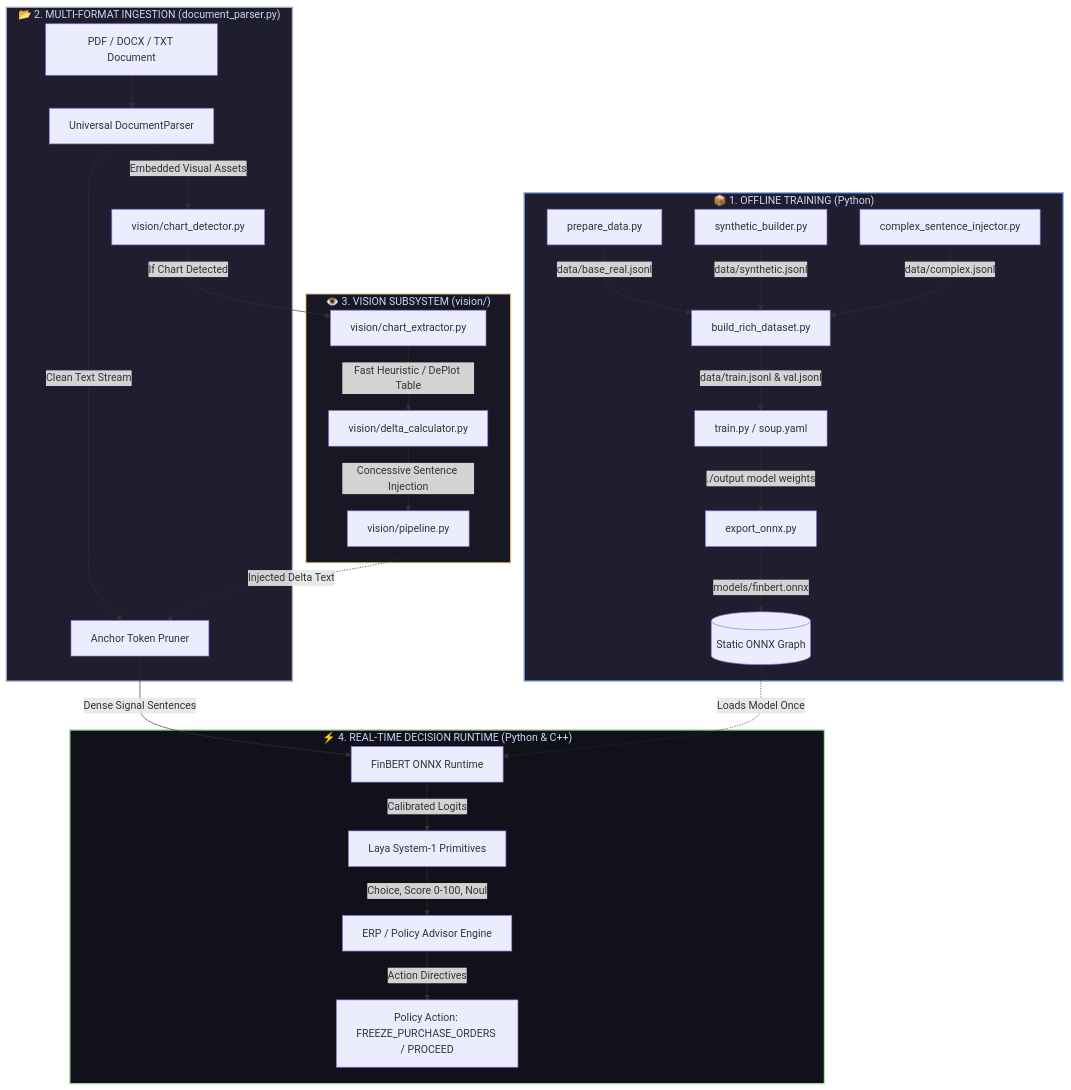
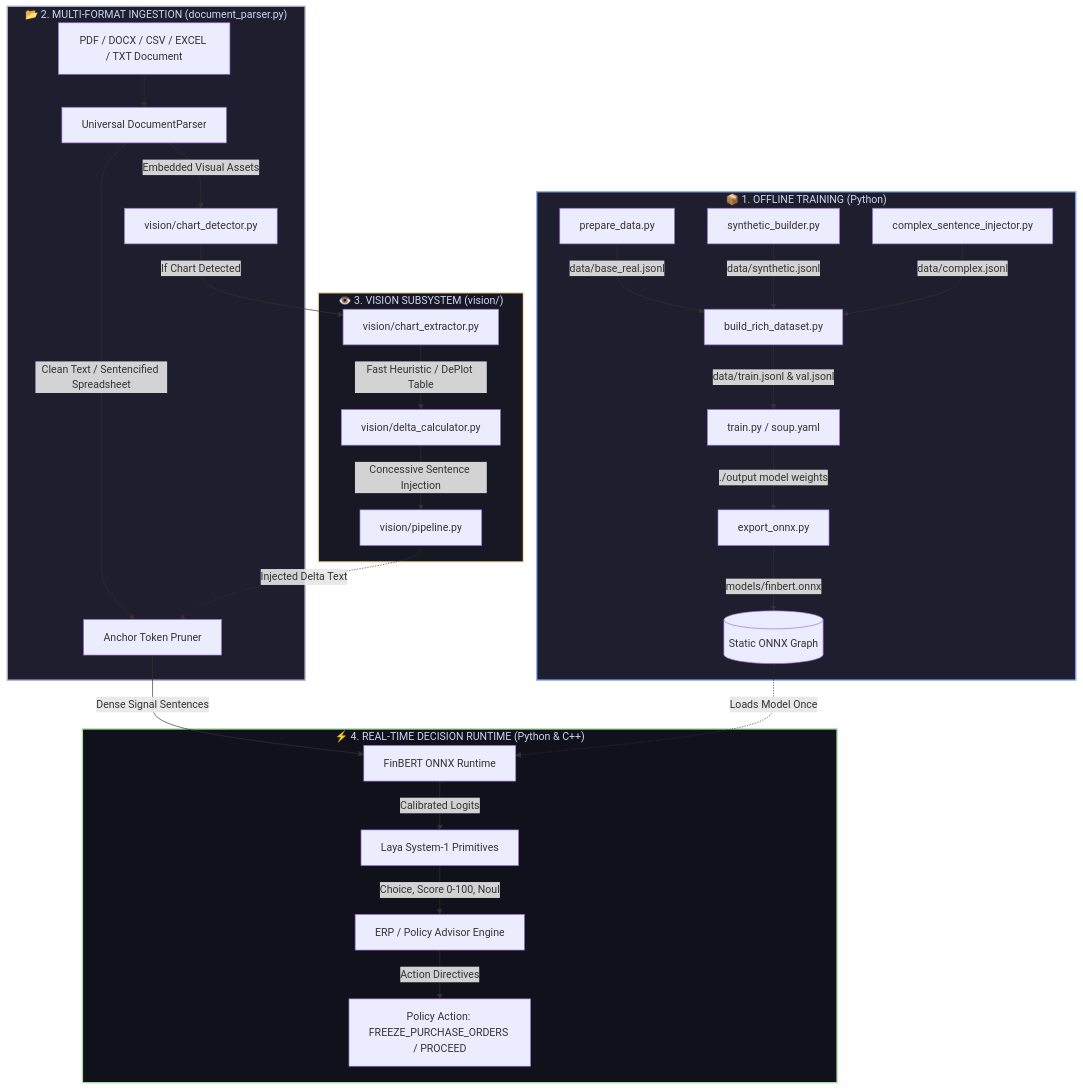
One commit to Humble-Librarian/Virdixt changed the first of 2 diagrams in ARCHITECTURE_WALKTHROUGH.md. Above: the diagram before and after it, drawn with Mermaid. The commit also changed 7 other files, not shown here.

Commit message:
Add strict CSV and Excel ingestion pipeline with deterministic sentencification and sample datasets

````diff
--- a/ARCHITECTURE_WALKTHROUGH.md
+++ b/ARCHITECTURE_WALKTHROUGH.md
@@ -12,37 +12,37 @@
 ```mermaid
 flowchart TD
     subgraph Offline_Training["📦 1. OFFLINE TRAINING (Python)"]
         D1[prepare_data.py] -->|data/base_real.jsonl| MDB[build_rich_dataset.py]
         D2[synthetic_builder.py] -->|data/synthetic.jsonl| MDB
         D3[complex_sentence_injector.py] -->|data/complex.jsonl| MDB
         MDB -->|data/train.jsonl & val.jsonl| TR[train.py / soup.yaml]
         TR -->|./output model weights| EXP[export_onnx.py]
         EXP -->|models/finbert.onnx| ONNX_OUT[(Static ONNX Graph)]
     end
 
     subgraph Document_Ingestion["📂 2. MULTI-FORMAT INGESTION (document_parser.py)"]
-        DOC[PDF / DOCX / TXT Document] --> PARSER[Universal DocumentParser]
-        PARSER -->|Clean Text Stream| PRUN[Anchor Token Pruner]
+        DOC[PDF / DOCX / CSV / EXCEL / TXT Document] --> PARSER[Universal DocumentParser]
+        PARSER -->|Clean Text / Sentencified Spreadsheet| PRUN[Anchor Token Pruner]
         PARSER -->|Embedded Visual Assets| DET[vision/chart_detector.py]
     end
 
     subgraph Multimodal_Vision["👁️ 3. VISION SUBSYSTEM (vision/)"]
         DET -->|If Chart Detected| EXT[vision/chart_extractor.py]
         EXT -->|Fast Heuristic / DePlot Table| CALC[vision/delta_calculator.py]
         CALC -->|Concessive Sentence Injection| VP[vision/pipeline.py]
         VP -.->|Injected Delta Text| PRUN
     end
 
     subgraph RealTime_Inference["⚡ 4. REAL-TIME DECISION RUNTIME (Python & C++)"]
         PRUN -->|Dense Signal Sentences| BACKBONE[FinBERT ONNX Runtime]
         ONNX_OUT -.->|Loads Model Once| BACKBONE
         BACKBONE -->|Calibrated Logits| LAYA[Laya System-1 Primitives]
         LAYA -->|Choice, Score 0-100, Noul| ERP[ERP / Policy Advisor Engine]
         ERP -->|Action Directives| ACT[Policy Action: FREEZE_PURCHASE_ORDERS / PROCEED]
     end
 
     style Offline_Training fill:#1e1e2e,stroke:#89b4fa,stroke-width:2px,color:#cdd6f4
     style Document_Ingestion fill:#1e1e2e,stroke:#a6adc8,stroke-width:2px,color:#cdd6f4
     style Multimodal_Vision fill:#181825,stroke:#f9e2af,stroke-width:2px,color:#cdd6f4
     style RealTime_Inference fill:#11111b,stroke:#a6e3a1,stroke-width:2px,color:#cdd6f4
 ```
````
